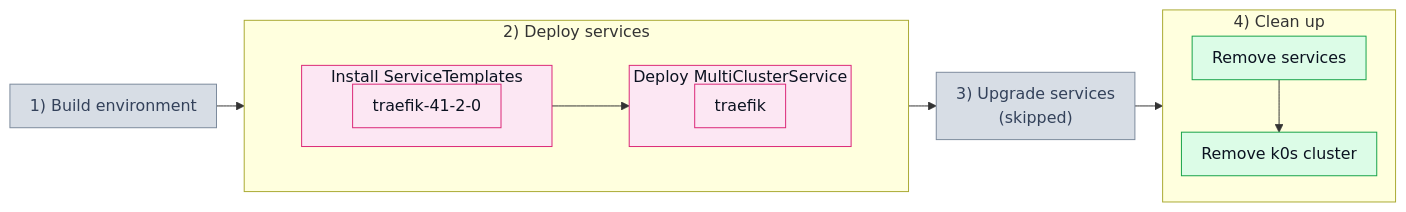
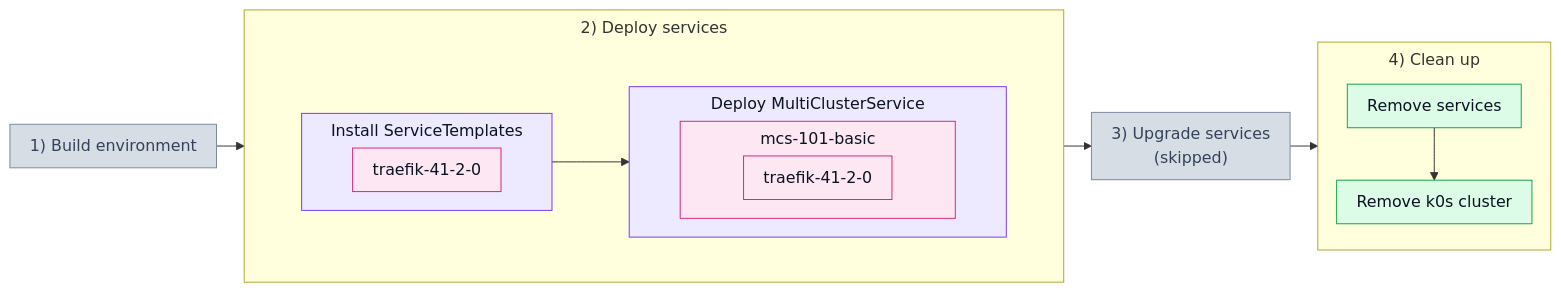
One commit to josef-hak/ksm-tests changed the diagram in test_scenarios/101_basic.md. Above: the diagram before and after it, drawn with Mermaid. The commit also changed 9 other files, not shown here.

Commit message:
docs: apply the 301 schema style to the other scenarios

````diff
--- a/test_scenarios/101_basic.md
+++ b/test_scenarios/101_basic.md
@@ -14,38 +14,42 @@
 ```mermaid
-%%{init: {'flowchart': {'padding': 10, 'nodeSpacing': 18, 'rankSpacing': 28}}}%%
+%%{init: {'flowchart': {'padding': 10, 'nodeSpacing': 18, 'rankSpacing': 28, 'subGraphTitleMargin': {'top': 6, 'bottom': 10}}}}%%
 flowchart LR
     P1["1) Build environment"]
 
     subgraph P2["2) Deploy services"]
         subgraph W2[" "]
             direction LR
             subgraph D1["Install ServiceTemplates"]
                 T1["traefik-41-2-0"]
             end
 
             subgraph D2["Deploy MultiClusterService"]
-                M1["traefik"]
+                subgraph DM["mcs-101-basic"]
+                    M1["traefik-41-2-0"]
+                end
             end
 
             D1 --> D2
         end
     end
 
     P3["3) Upgrade services<br/>(skipped)"]
 
     subgraph P4["4) Clean up"]
         C1["Remove services"] --> C2["Remove k0s cluster"]
     end
 
     P1 --> P2 --> P3 --> P4
 
     classDef off fill:#d7dde5,stroke:#7c8a9c,color:#33415a
+    classDef purple fill:#ede9fe,stroke:#7c3aed,color:#0b1220
     classDef pink fill:#fce7f3,stroke:#db2777,color:#0b1220
     classDef green fill:#dcfce7,stroke:#16a34a,color:#0b1220
     classDef bare fill:none,stroke:none
 
     class P1,P3 off
-    class D1,D2,T1,M1 pink
+    class D1,D2 purple
+    class DM,T1,M1 pink
     class C1,C2 green
     class W2 bare
 ```
````
